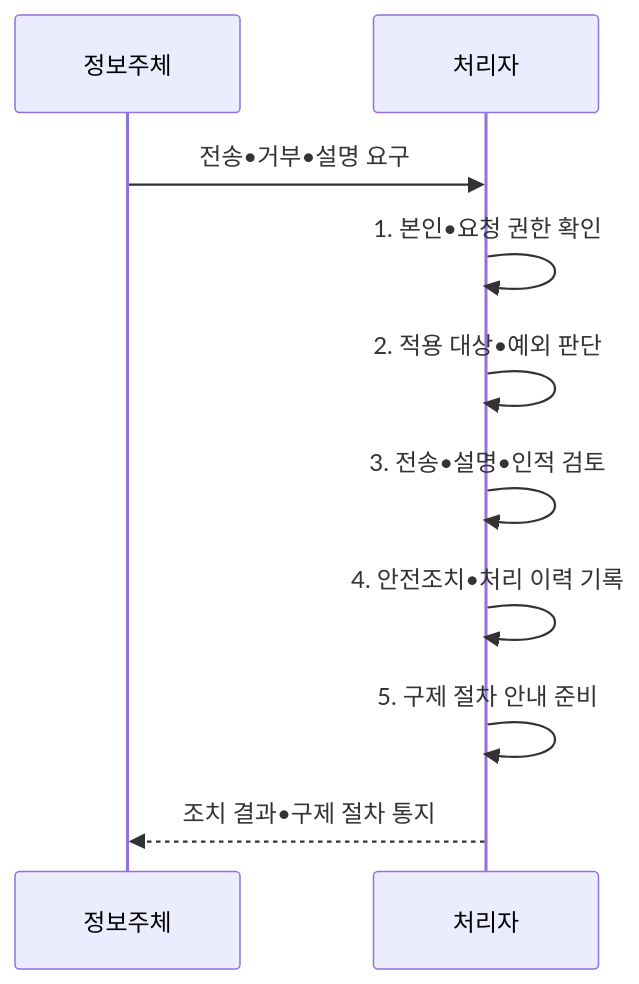
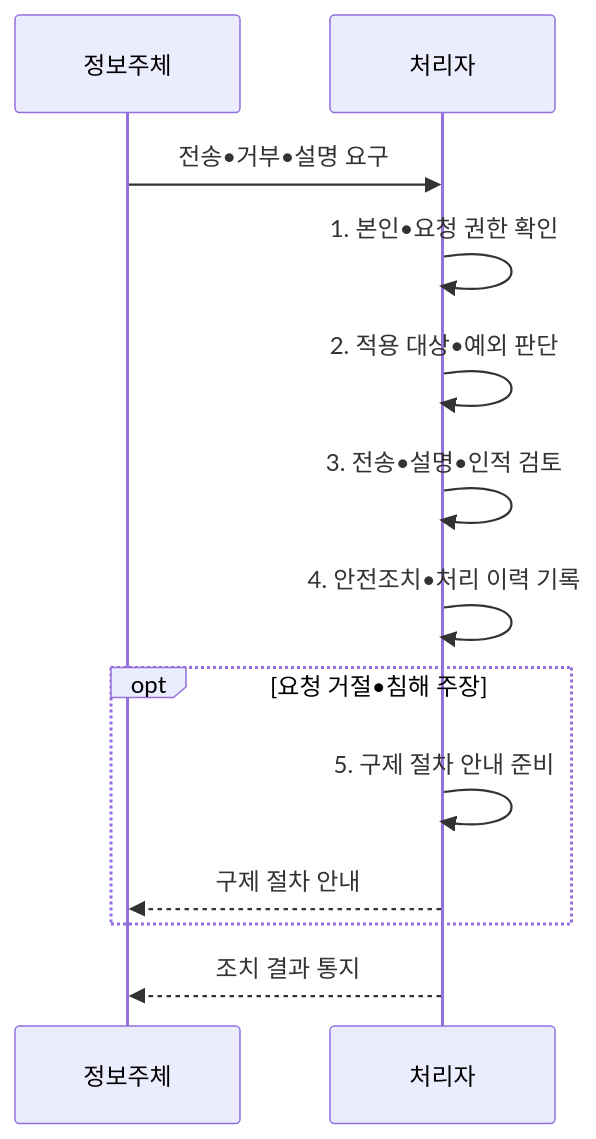
Before and after one commit to agnusdei1207/knowledge-base: the second of 2 diagrams in src/content/docs/notes/07-law-policy/023_pipa_2023_amendment.md, drawn with Mermaid. The commit also changed other lines of this file and 20 other files, not shown here.

````diff
--- a/src/content/docs/notes/07-law-policy/023_pipa_2023_amendment.md
+++ b/src/content/docs/notes/07-law-policy/023_pipa_2023_amendment.md
@@ -109,12 +109,15 @@
 ```mermaid
 sequenceDiagram
     participant 정보주체
     participant 처리자
     정보주체->>처리자: 전송•거부•설명 요구
     처리자->>처리자: 1. 본인•요청 권한 확인
     처리자->>처리자: 2. 적용 대상•예외 판단
     처리자->>처리자: 3. 전송•설명•인적 검토
     처리자->>처리자: 4. 안전조치•처리 이력 기록
-    처리자->>처리자: 5. 구제 절차 안내 준비
-    처리자-->>정보주체: 조치 결과•구제 절차 통지
+    opt 요청 거절•침해 주장
+        처리자->>처리자: 5. 구제 절차 안내 준비
+        처리자-->>정보주체: 구제 절차 안내
+    end
+    처리자-->>정보주체: 조치 결과 통지
 ```
````
